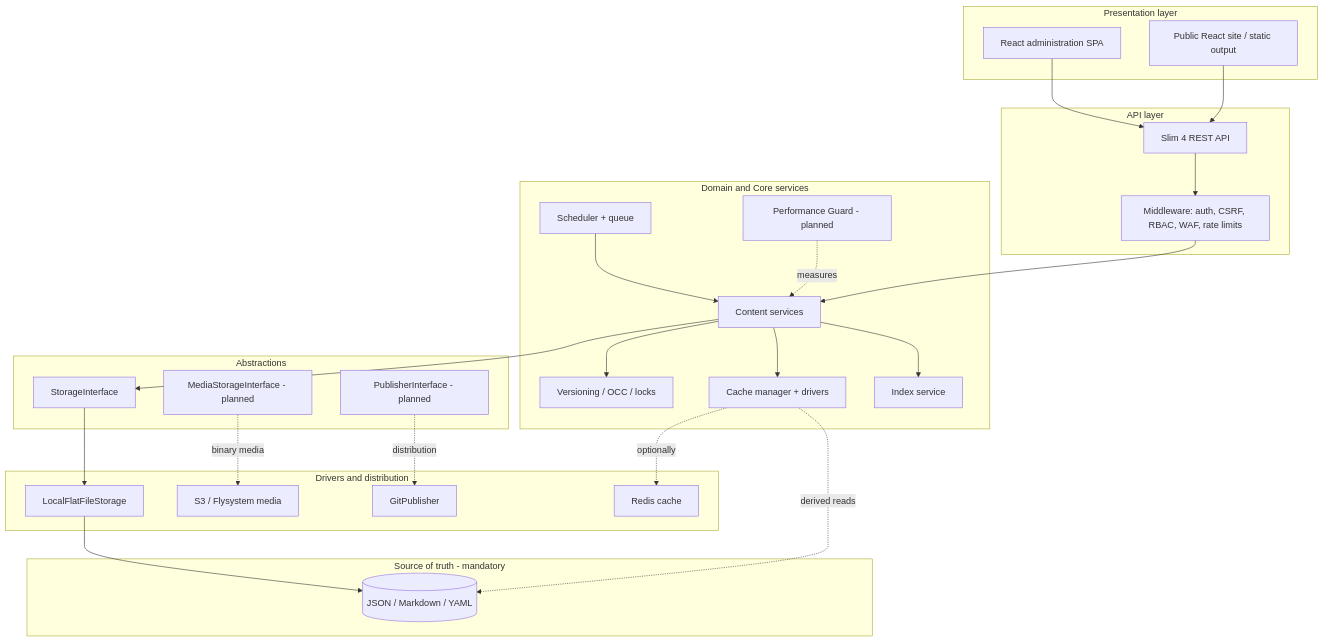
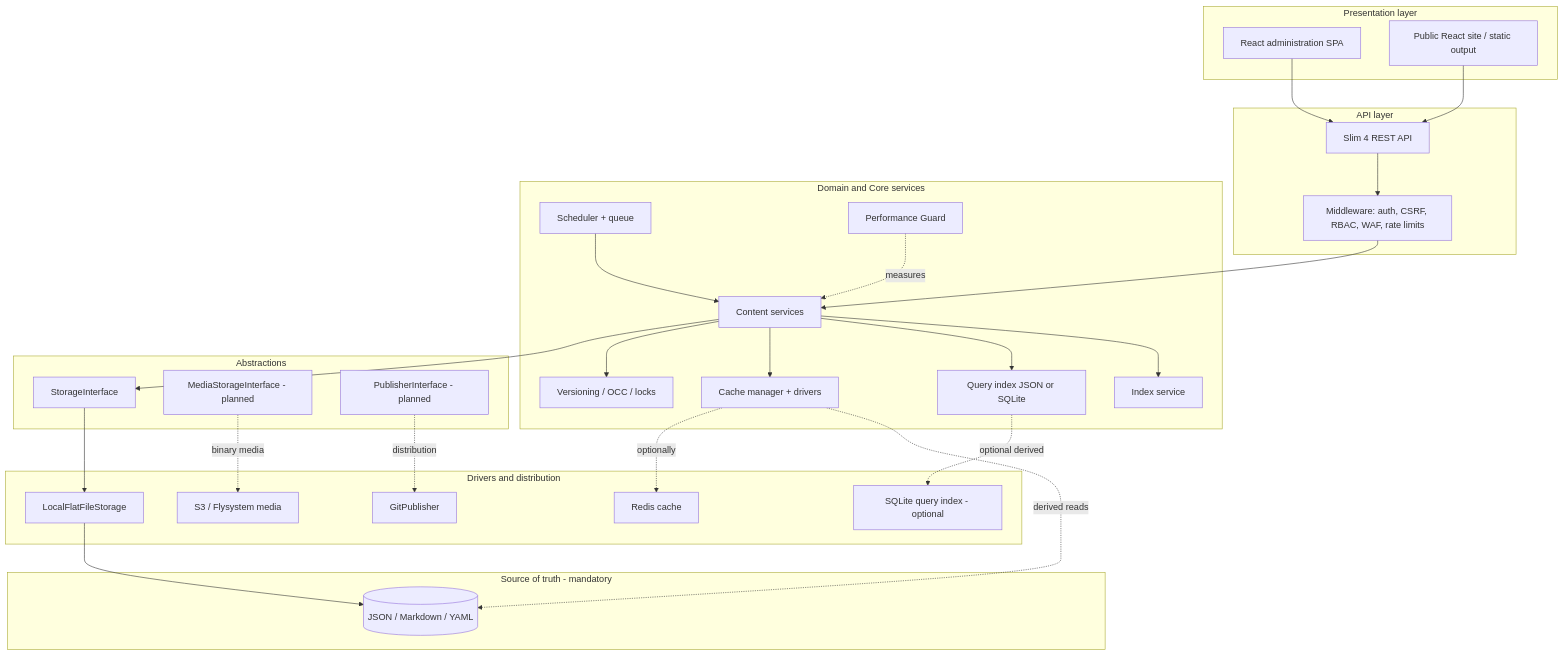
One commit to techberode/paginiumcms-architecture changed the diagram in docs/en/architecture/HYBRID_ENGINE.md. Above: the diagram before and after it, drawn with Mermaid. The commit also changed other lines of this file and 286 other files, not shown here.

````diff
--- a/docs/en/architecture/HYBRID_ENGINE.md
+++ b/docs/en/architecture/HYBRID_ENGINE.md
@@ -45,55 +45,59 @@
 ```mermaid
 flowchart TB
     subgraph presentation [Presentation layer]
         ADMIN[React administration SPA]
         PUBLIC[Public React site / static output]
     end
 
     subgraph api [API layer]
         SLIM[Slim 4 REST API]
         MW[Middleware: auth, CSRF, RBAC, WAF, rate limits]
     end
 
     subgraph services [Domain and Core services]
         CONTENT[Content services]
         IDX[Index service]
+        QIDX[Query index JSON or SQLite]
         CACHE[Cache manager + drivers]
         VER[Versioning / OCC / locks]
         JOBS[Scheduler + queue]
-        MON[Performance Guard - planned]
+        MON[Performance Guard]
     end
 
     subgraph abstraction [Abstractions]
         STORAGE[StorageInterface]
         MEDIA[MediaStorageInterface - planned]
         PUBLISH[PublisherInterface - planned]
     end
 
     subgraph implementations [Drivers and distribution]
         LOCAL[LocalFlatFileStorage]
+        SQLITE[SQLite query index - optional]
         REDIS[Redis cache]
         GIT[GitPublisher]
         S3[S3 / Flysystem media]
     end
 
     subgraph ssot [Source of truth - mandatory]
         FILES[(JSON / Markdown / YAML)]
     end
 
     ADMIN --> SLIM
     PUBLIC --> SLIM
     SLIM --> MW
     MW --> CONTENT
     CONTENT --> IDX
+    CONTENT --> QIDX
     CONTENT --> CACHE
     CONTENT --> VER
     CONTENT --> STORAGE
     JOBS --> CONTENT
     MON -. measures .-> CONTENT
     STORAGE --> LOCAL
     LOCAL --> FILES
+    QIDX -. optional derived .-> SQLITE
     CACHE -. derived reads .-> FILES
     CACHE -. optionally .-> REDIS
     PUBLISH -. distribution .-> GIT
     MEDIA -. binary media .-> S3
 ```
````
